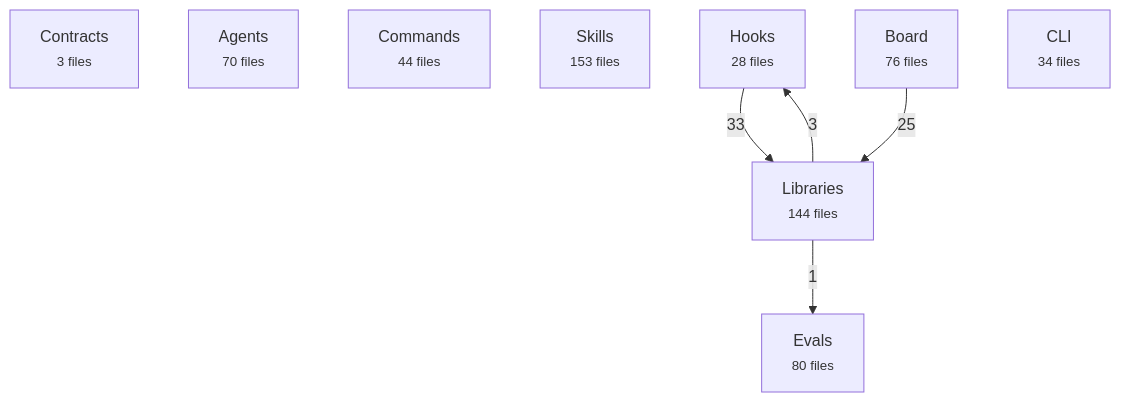
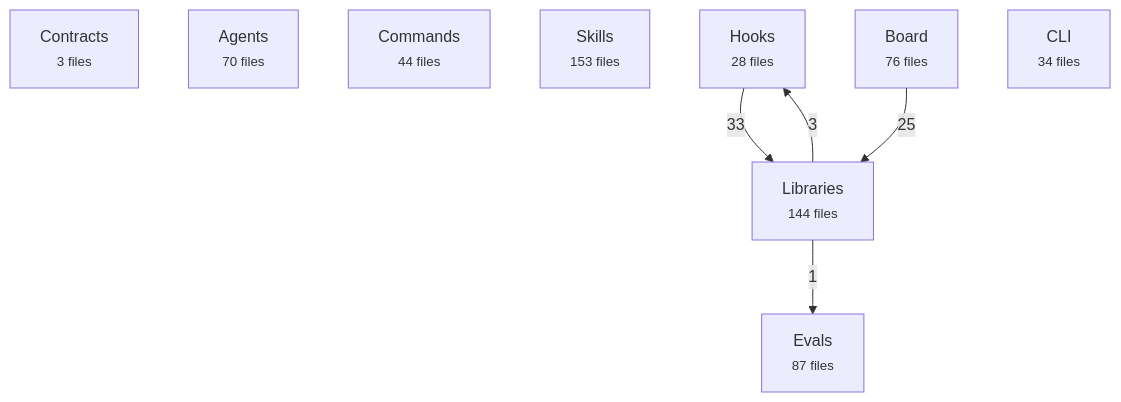
One commit to avelikiy/great_cto changed the first of 2 diagrams in docs/reference/architecture-map.md. Above: the diagram before and after it, drawn with Mermaid. The commit also changed other lines of this file, not shown here.

Commit message:
docs(reference): regenerate the architecture map for the seven new eval sets

````diff
--- a/docs/reference/architecture-map.md
+++ b/docs/reference/architecture-map.md
@@ -20,16 +20,16 @@
 ```mermaid
 flowchart TD
   contracts["Contracts<br/><small>3 files</small>"]
   agents["Agents<br/><small>70 files</small>"]
   commands["Commands<br/><small>44 files</small>"]
   skills["Skills<br/><small>153 files</small>"]
   hooks["Hooks<br/><small>28 files</small>"]
   libs["Libraries<br/><small>144 files</small>"]
   board["Board<br/><small>76 files</small>"]
   cli["CLI<br/><small>34 files</small>"]
-  evals["Evals<br/><small>80 files</small>"]
+  evals["Evals<br/><small>87 files</small>"]
   hooks -->|33| libs
   board -->|25| libs
   libs -->|3| hooks
   libs -->|1| evals
 ```
````
